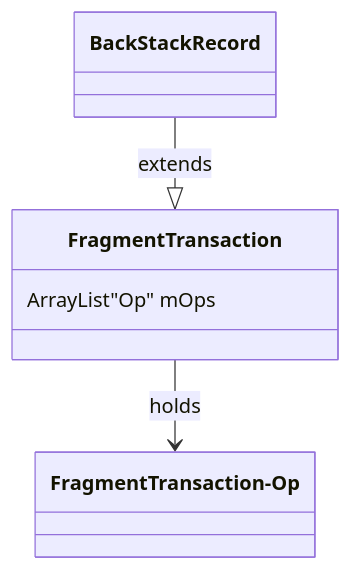
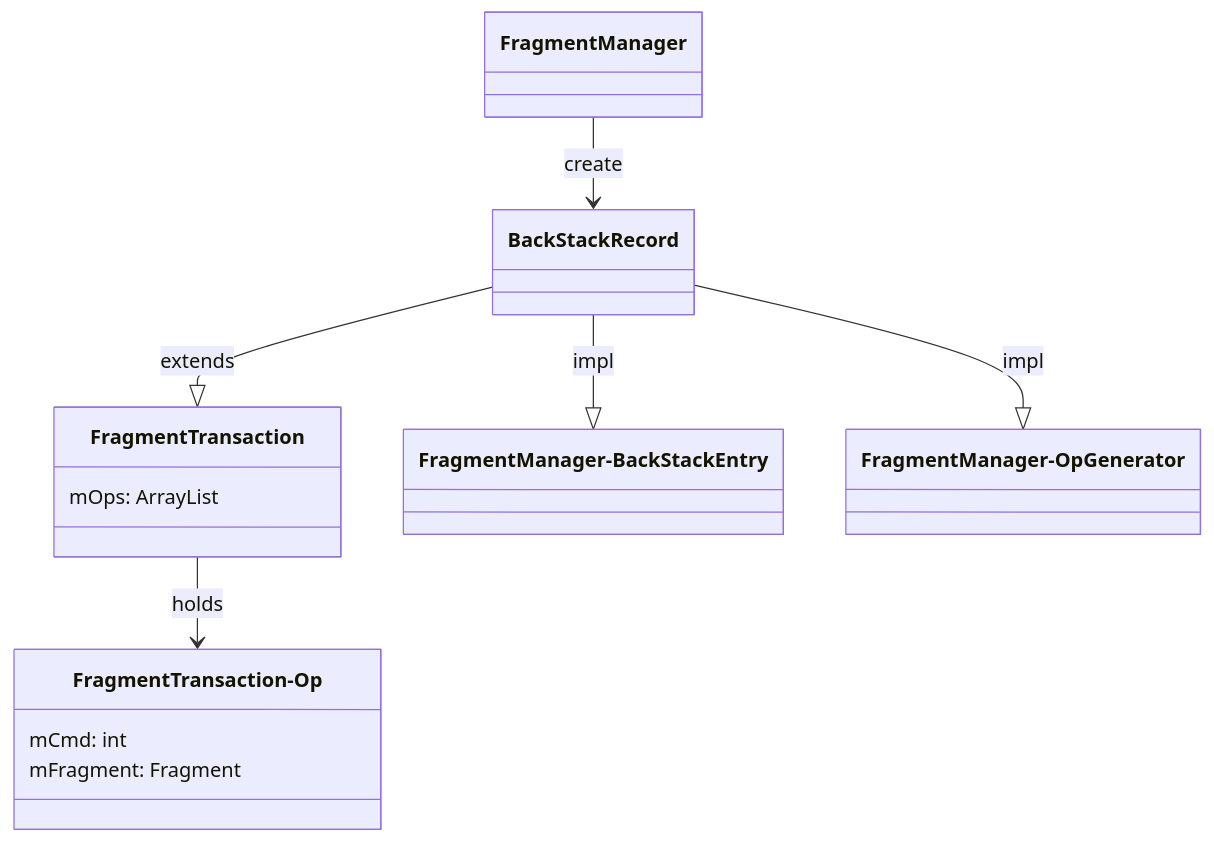
One commit to swithun-liu/swithun-liu.github.io changed diagram 23 of 35 in source/_posts/Android/Fragment原理.md. Above: the diagram before and after it, drawn with Mermaid. The commit also changed other lines of this file, not shown here.

````diff
--- a/source/_posts/Android/Fragment原理.md
+++ b/source/_posts/Android/Fragment原理.md
@@ -1395,11 +1435,20 @@
     ```mermaid
     classDiagram
     class FragmentTransaction {
-        ArrayList"Op" mOps
+        mOps: ArrayList<OP>
     }
     class BackStackRecord
-    class FragmentTransaction-Op
+    class FragmentManager
+    class FragmentManager-BackStackEntry
+    class FragmentManager-OpGenerator
+    class FragmentTransaction-Op {
+        mCmd: int
+        mFragment: Fragment
+    }
 
-    BackStackRecord--|>FragmentTransaction: extends
-    FragmentTransaction-->FragmentTransaction-Op: holds
+    BackStackRecord --|> FragmentTransaction: extends
+    BackStackRecord --|> FragmentManager-BackStackEntry: impl
+    BackStackRecord --|> FragmentManager-OpGenerator: impl
+    FragmentManager --> BackStackRecord: create
+    FragmentTransaction --> FragmentTransaction-Op: holds
     ```
````
